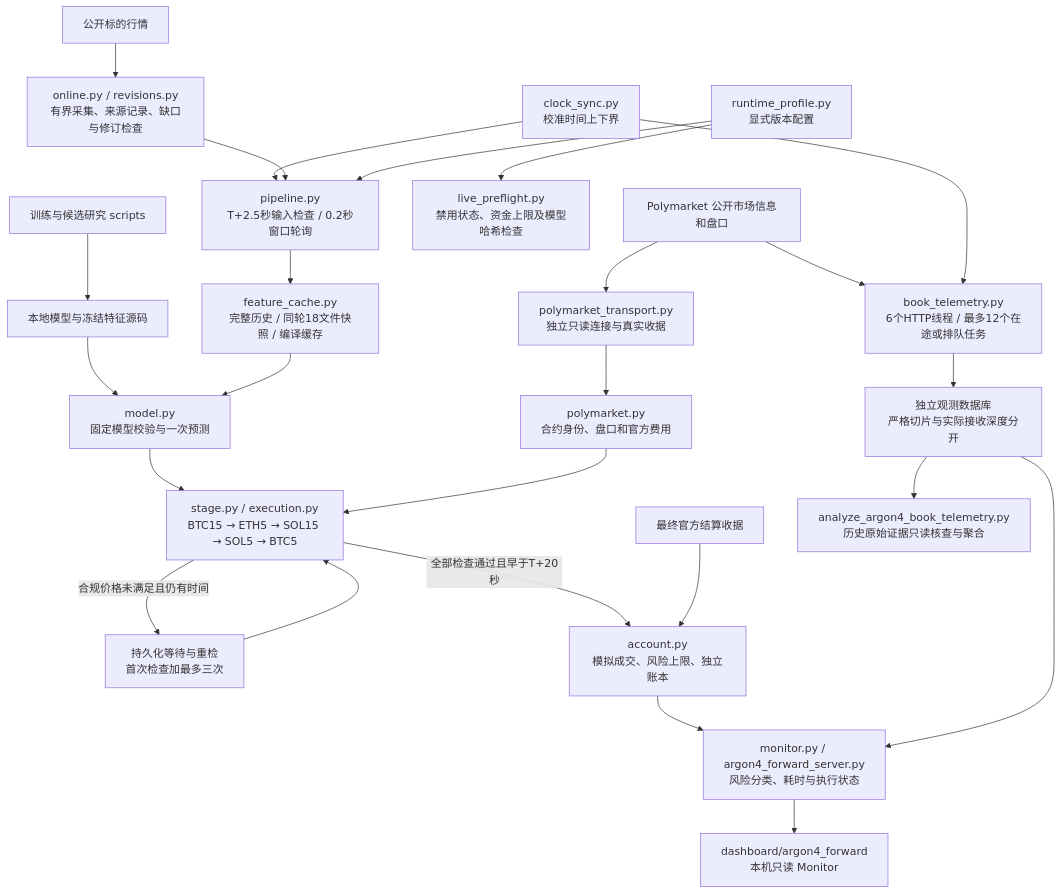
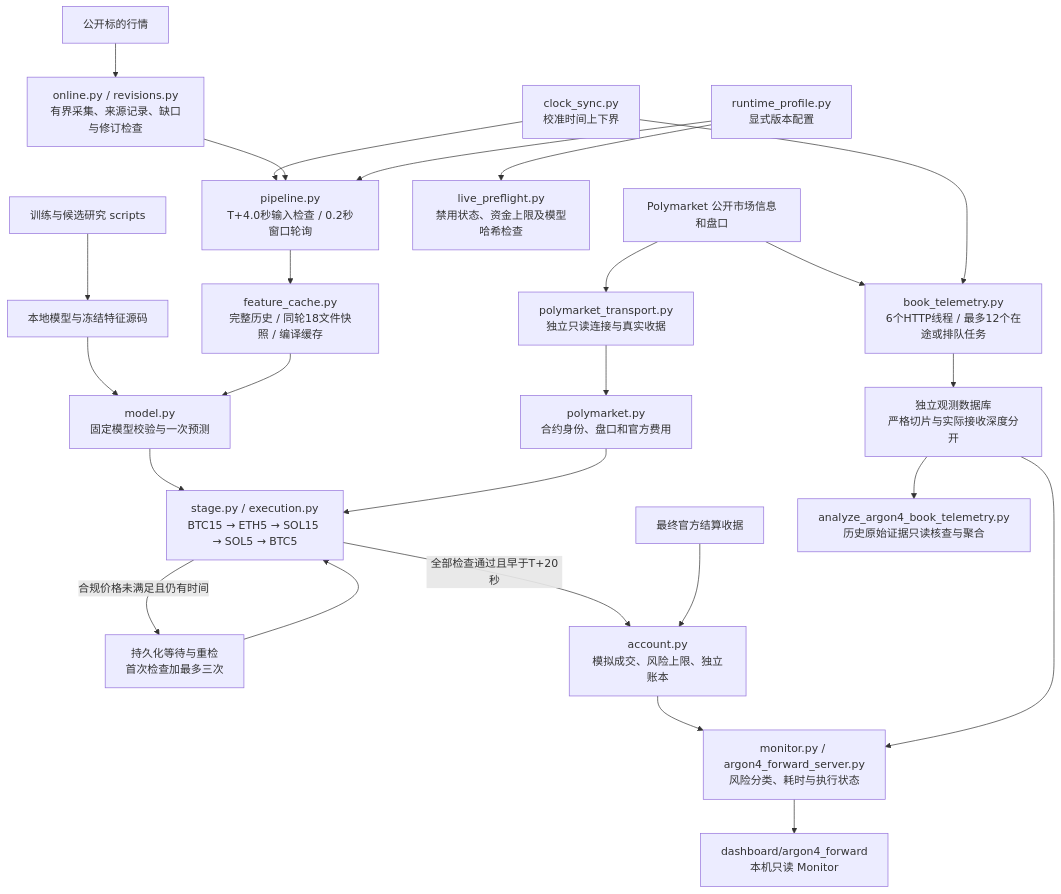
One commit to liuqi6776/cropto-pre-system changed the diagram in docs/ARCHITECTURE.md. Above: the diagram before and after it, drawn with Mermaid. The commit also changed other lines of this file and 33 other files, not shown here.

````diff
--- a/docs/ARCHITECTURE.md
+++ b/docs/ARCHITECTURE.md
@@ -3,27 +3,27 @@
 ```mermaid
 flowchart TD
     B[公开标的行情] --> O["online.py / revisions.py<br/>有界采集、来源记录、缺口与修订检查"]
-    C["clock_sync.py<br/>校准时间上下界"] --> PL["pipeline.py<br/>T+2.5秒输入检查 / 0.2秒窗口轮询"]
+    C["clock_sync.py<br/>校准时间上下界"] --> PL["pipeline.py<br/>T+4.0秒输入检查 / 0.2秒窗口轮询"]
     O --> PL
     PL --> FC["feature_cache.py<br/>完整历史 / 同轮18文件快照 / 编译缓存"]
     M[本地模型与冻结特征源码] --> MOD["model.py<br/>固定模型校验与一次预测"]
     FC --> MOD
     MOD --> S["stage.py / execution.py<br/>BTC15 → ETH5 → SOL15 → SOL5 → BTC5"]
     P[Polymarket 公开市场信息和盘口] --> T["polymarket_transport.py<br/>独立只读连接与真实收据"]
     T --> PM["polymarket.py<br/>合约身份、盘口和官方费用"]
     PM --> S
     S -->|合规价格未满足且仍有时间| R["持久化等待与重检<br/>首次检查加最多三次"]
     R --> S
     S -->|全部检查通过且早于T+20秒| A["account.py<br/>模拟成交、风险上限、独立账本"]
     RES[最终官方结算收据] --> A
     A --> MON["monitor.py / argon4_forward_server.py<br/>风险分类、耗时与执行状态"]
     MON --> UI["dashboard/argon4_forward<br/>本机只读 Monitor"]
     P --> BT["book_telemetry.py<br/>6个HTTP线程 / 最多12个在途或排队任务"]
     C --> BT
     BT --> BD["独立观测数据库<br/>严格切片与实际接收深度分开"]
     BD --> MON
     BD --> AN["analyze_argon4_book_telemetry.py<br/>历史原始证据只读核查与聚合"]
     RP["runtime_profile.py<br/>显式版本配置"] --> PL
     RP --> LP["live_preflight.py<br/>禁用状态、资金上限及模型哈希检查"]
     TRAIN[训练与候选研究 scripts] --> M
 ```
````
